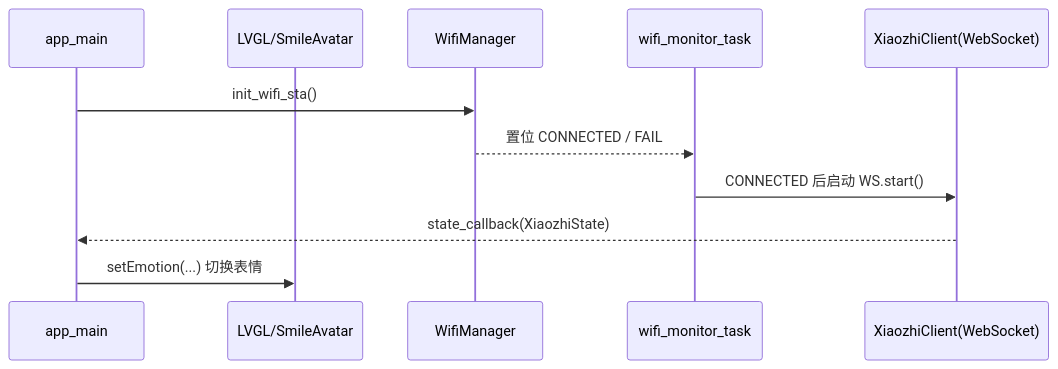
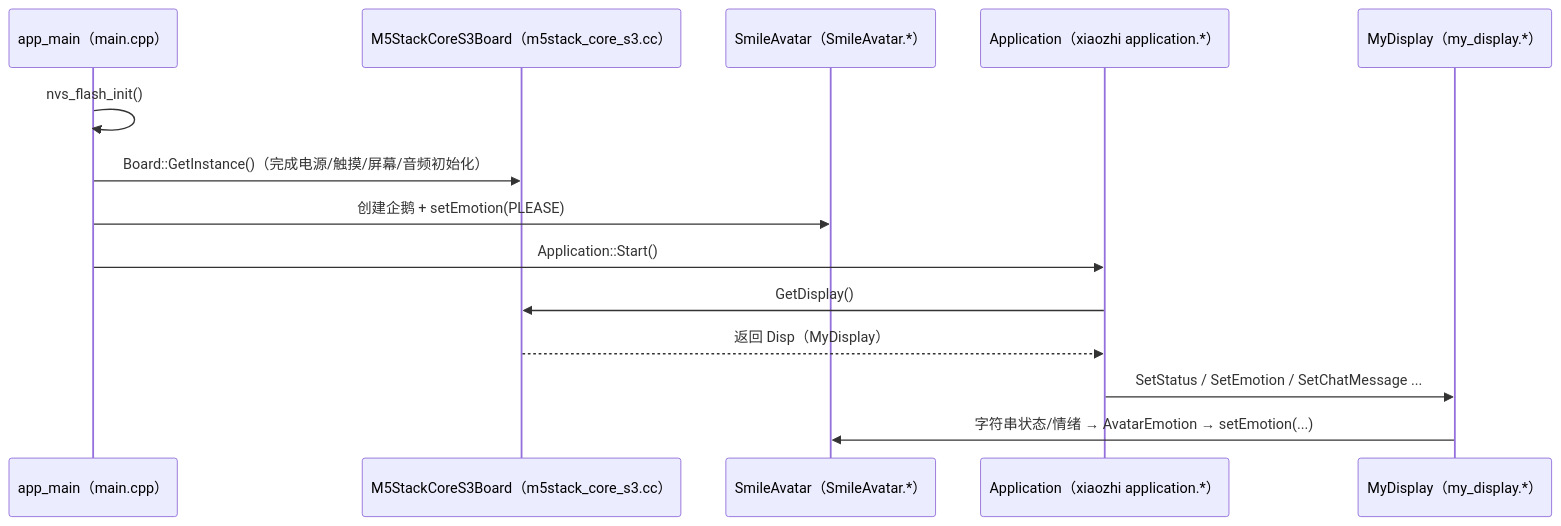
One commit to zyj1018/M5StackS3Learn changed the second of 3 diagrams in CodeArchitecture.md. Above: the diagram before and after it, drawn with Mermaid. The commit also changed other lines of this file, not shown here.

First line of the commit message:
``` docs(CodeArchitecture): 更新项目架构文档以反映小智ESP32集成

````diff
--- a/CodeArchitecture.md
+++ b/CodeArchitecture.md
@@ -83,14 +76,17 @@
 ```mermaid
 sequenceDiagram
-  participant Main as app_main
-  participant UI as LVGL/SmileAvatar
-  participant WiFi as WifiManager
-  participant WM as wifi_monitor_task
-  participant WS as XiaozhiClient(WebSocket)
+  participant Main as app_main（main.cpp）
+  participant Board as M5StackCoreS3Board（m5stack_core_s3.cc）
+  participant UI as SmileAvatar（SmileAvatar.*）
+  participant App as Application（xiaozhi application.*）
+  participant Disp as MyDisplay（my_display.*）
 
-  Main->>WiFi: init_wifi_sta()
-  WiFi-->>WM: 置位 CONNECTED / FAIL
-  WM->>WS: CONNECTED 后启动 WS.start()
-  WS-->>Main: state_callback(XiaozhiState)
-  Main->>UI: setEmotion(...) 切换表情
+  Main->>Main: nvs_flash_init()
+  Main->>Board: Board::GetInstance()（完成电源/触摸/屏幕/音频初始化）
+  Main->>UI: 创建企鹅 + setEmotion(PLEASE)
+  Main->>App: Application::Start()
+  App->>Board: GetDisplay()
+  Board-->>App: 返回 Disp（MyDisplay）
+  App->>Disp: SetStatus / SetEmotion / SetChatMessage ...
+  Disp->>UI: 字符串状态/情绪 → AvatarEmotion → setEmotion(...)
 ```
````
